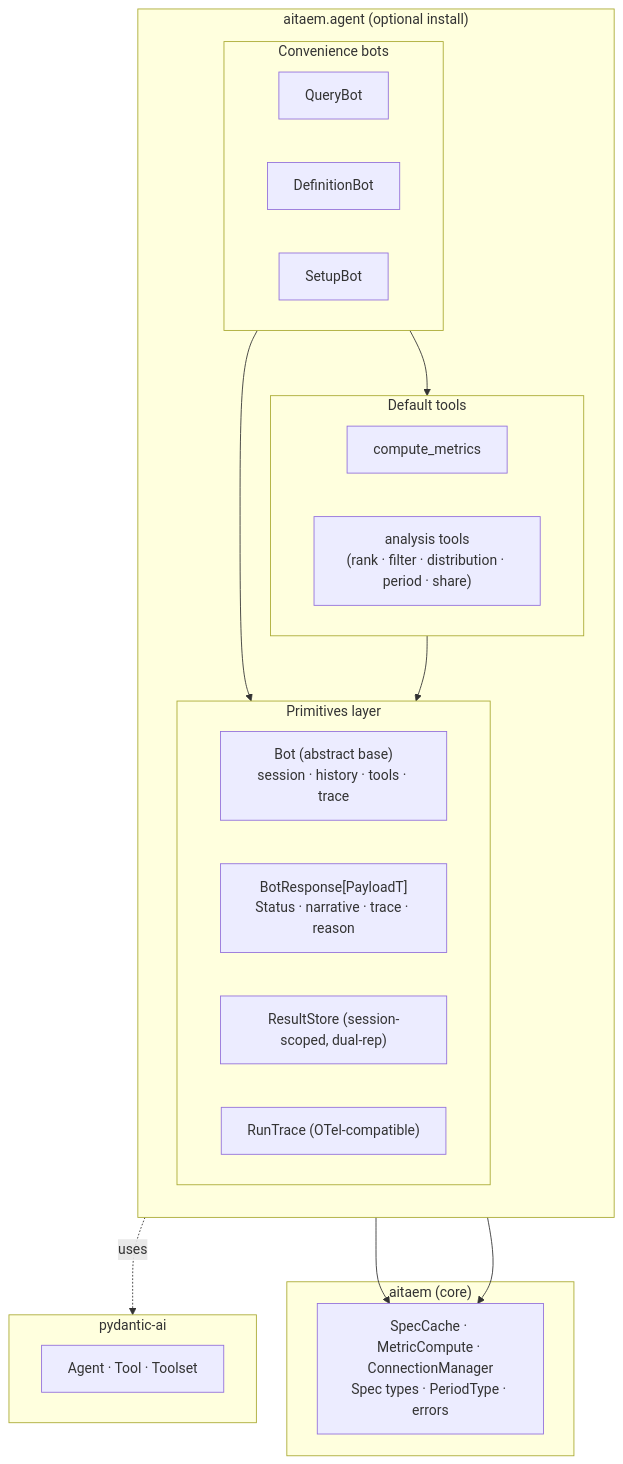
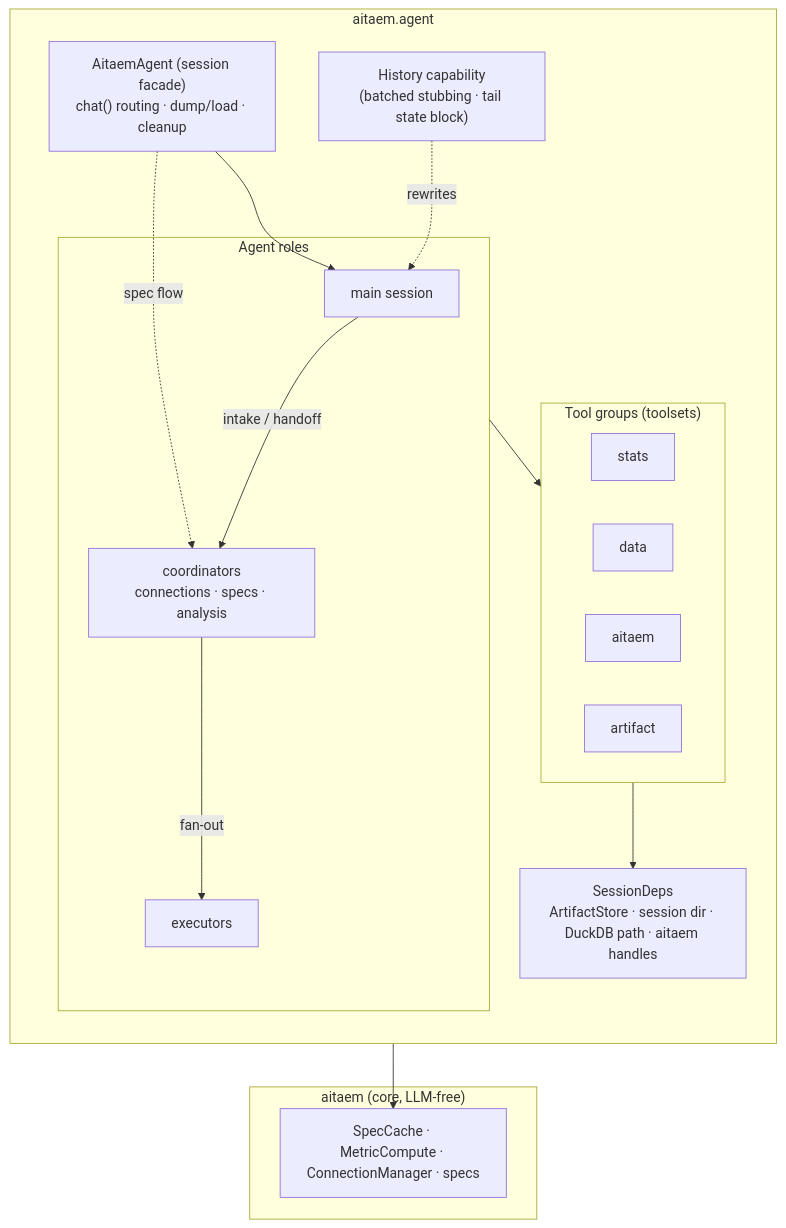
The first of 3 diagrams in plans/agent_module/ARCHITECTURE.md (chaturv3di/aitaem), drawn with Mermaid before and after one commit. The commit also changed other lines of this file and 22 other files, not shown here.

First line of the commit message:
docs: v3 agent architecture and Plan 41 (spec save, remote spec paths)

````diff
--- a/plans/agent_module/ARCHITECTURE.md
+++ b/plans/agent_module/ARCHITECTURE.md
@@ -120,40 +93,33 @@
 ```mermaid
 flowchart TB
-    subgraph aitaem["aitaem (core)"]
-        Core["SpecCache · MetricCompute · ConnectionManager<br/>Spec types · PeriodType · errors"]
+    subgraph core["aitaem (core, LLM-free)"]
+        Core["SpecCache · MetricCompute · ConnectionManager · specs"]
     end
 
-    subgraph agentmod["aitaem.agent (optional install)"]
+    subgraph agent["aitaem.agent"]
         direction TB
-
-        subgraph primitives["Primitives layer"]
-            BotBase["Bot (abstract base)<br/>session · history · tools · trace"]
-            RespBase["BotResponse[PayloadT]<br/>Status · narrative · trace · reason"]
-            Store["ResultStore (session-scoped, dual-rep)"]
-            Trace["RunTrace (OTel-compatible)"]
+        Session["AitaemAgent (session facade)<br/>chat() routing · dump/load · cleanup"]
+        Deps["SessionDeps<br/>ArtifactStore · session dir · DuckDB path · aitaem handles"]
+        subgraph roles["Agent roles"]
+            Main["main session"]
+            Coord["coordinators<br/>connections · specs · analysis"]
+            Exec["executors"]
         end
-
-        subgraph bots["Convenience bots"]
-            QB["QueryBot"]
-            DB["DefinitionBot"]
-            SB["SetupBot"]
+        subgraph tools["Tool groups (toolsets)"]
+            Stats["stats"]
+            Data["data"]
+            Aitaem["aitaem"]
+            Art["artifact"]
         end
-
-        subgraph defaulttools["Default tools"]
-            CM["compute_metrics"]
-            Analysis["analysis tools<br/>(rank · filter · distribution · period · share)"]
-        end
-
-        bots --> primitives
-        bots --> defaulttools
-        defaulttools --> primitives
+        Hist["History capability<br/>(batched stubbing · tail state block)"]
     end
 
-    subgraph pydanticai["pydantic-ai"]
-        Agent["Agent · Tool · Toolset"]
-    end
-
-    primitives -.uses.-> pydanticai
-    defaulttools --> Core
-    bots --> Core
+    Session --> Main
+    Session -. "spec flow" .-> Coord
+    Main -- "intake / handoff" --> Coord
+    Coord -- "fan-out" --> Exec
+    roles --> tools
+    tools --> Deps
+    Hist -.rewrites.-> Main
+    Deps --> Core
 ```
````
